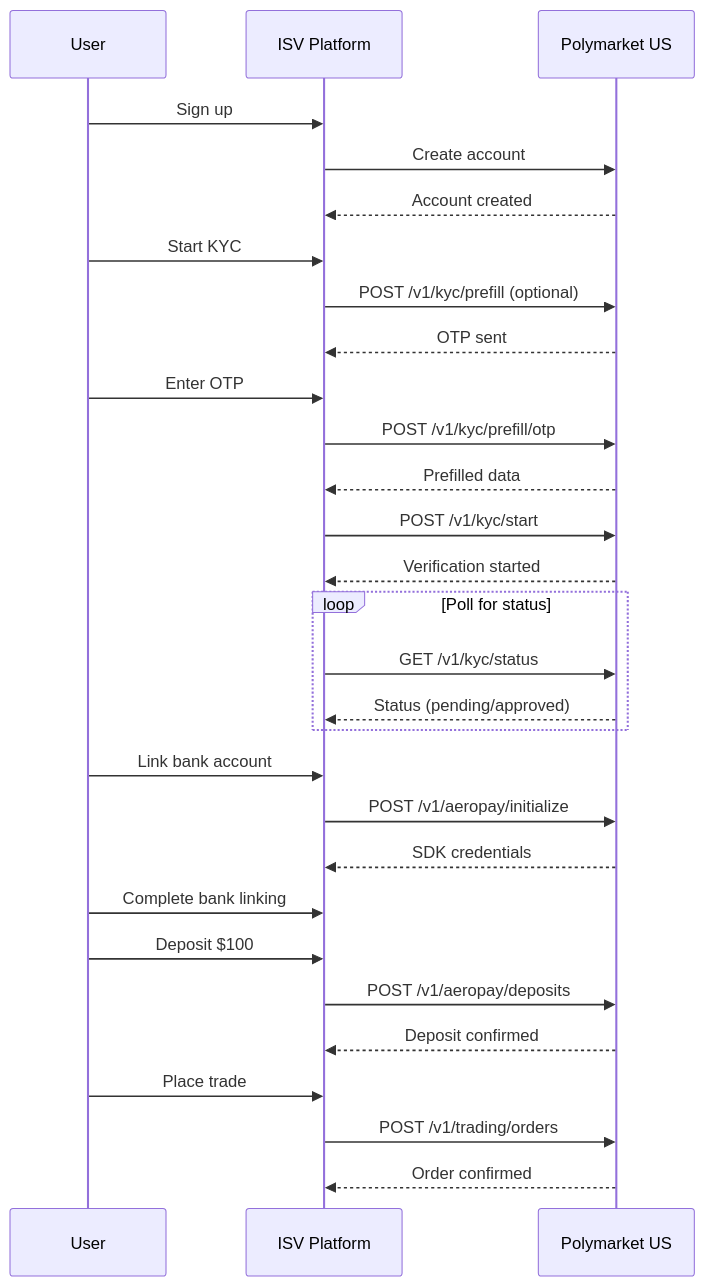
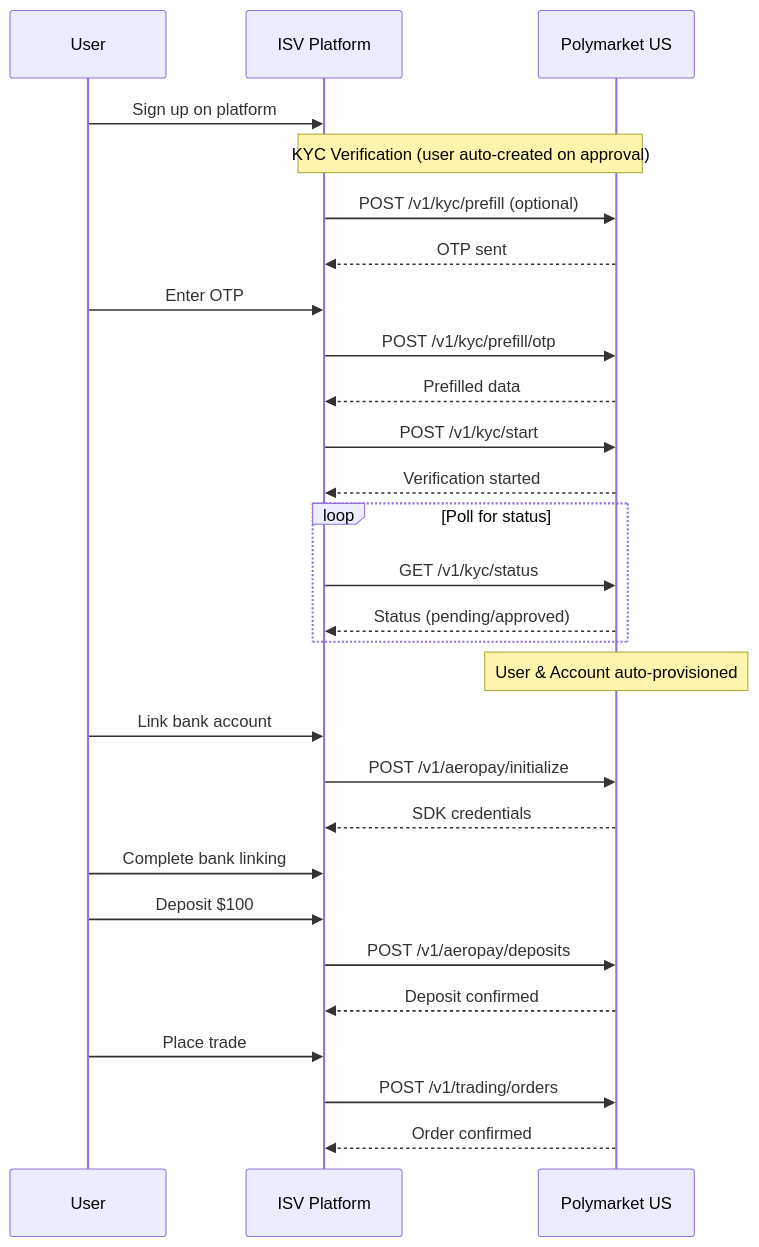
One commit to chrisr-a11y/docs changed the second of 2 diagrams in isv-partners/overview.mdx. Above: the diagram before and after it, drawn with Mermaid. The commit also changed other lines of this file and 5 other files, not shown here.

First line of the commit message:
docs: Update ISV onboarding flow and add Users API documentation

````diff
--- a/isv-partners/overview.mdx
+++ b/isv-partners/overview.mdx
@@ -86,37 +83,37 @@
 ```mermaid
 sequenceDiagram
     participant U as User
     participant I as ISV Platform
     participant P as Polymarket US
 
-    U->>I: Sign up
-    I->>P: Create account
-    P-->>I: Account created
+    U->>I: Sign up on platform
 
-    U->>I: Start KYC
+    Note over I,P: KYC Verification (user auto-created on approval)
     I->>P: POST /v1/kyc/prefill (optional)
     P-->>I: OTP sent
     U->>I: Enter OTP
     I->>P: POST /v1/kyc/prefill/otp
     P-->>I: Prefilled data
     I->>P: POST /v1/kyc/start
     P-->>I: Verification started
 
     loop Poll for status
         I->>P: GET /v1/kyc/status
         P-->>I: Status (pending/approved)
     end
+
+    Note over P: User & Account auto-provisioned
 
     U->>I: Link bank account
     I->>P: POST /v1/aeropay/initialize
     P-->>I: SDK credentials
     U->>I: Complete bank linking
 
     U->>I: Deposit $100
     I->>P: POST /v1/aeropay/deposits
     P-->>I: Deposit confirmed
 
     U->>I: Place trade
     I->>P: POST /v1/trading/orders
     P-->>I: Order confirmed
 ```
````
